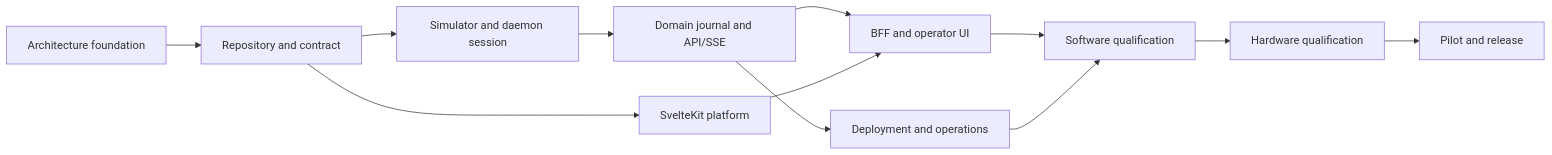
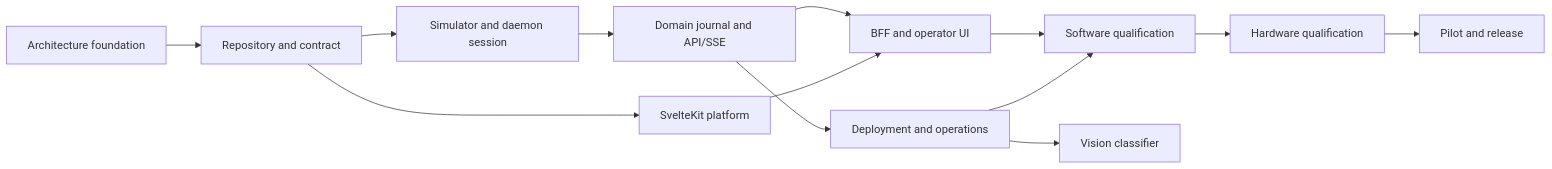
The diagram in docs/architecture/roadmap.md (arno49/AI-Case-Sorter-CS7.1), drawn with Mermaid before and after one commit. The commit also changed other lines of this file and 2 other files, not shown here.

First line of the commit message:
docs(backlog): decompose ADR-0013 into Epic PI-VISION, 10 estimated tasks

````diff
--- a/docs/architecture/roadmap.md
+++ b/docs/architecture/roadmap.md
@@ -5,14 +5,15 @@
 ```mermaid
 graph LR
  A[Architecture foundation] --> B[Repository and contract]
  B --> C[Simulator and daemon session]
  C --> D[Domain journal and API/SSE]
  B --> E[SvelteKit platform]
  D --> F[BFF and operator UI]
  E --> F
  D --> G[Deployment and operations]
  F --> H[Software qualification]
  G --> H
  H --> I[Hardware qualification]
  I --> J[Pilot and release]
+ G --> K[Vision classifier]
 ```
````
